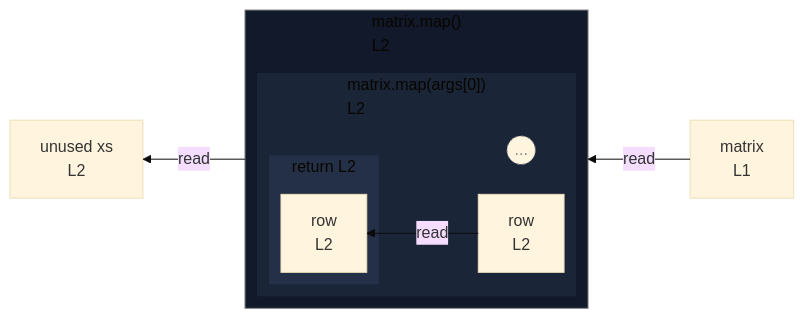
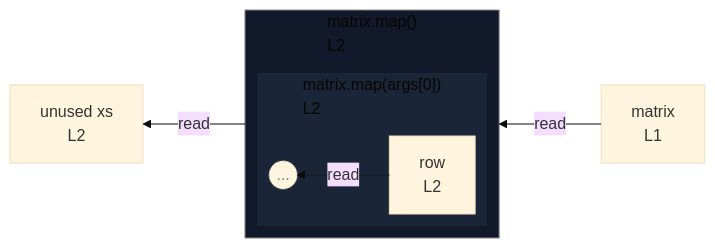
One commit to crescware/unsnarl changed the diagram in integration/fixtures/callback/nested-map/depth-1/preview.md. Above: the diagram before and after it, drawn with Mermaid (base theme). The commit also changed 4 other files, not shown here.

````diff
--- a/integration/fixtures/callback/nested-map/depth-1/preview.md
+++ b/integration/fixtures/callback/nested-map/depth-1/preview.md
@@ -18,31 +18,25 @@
 ```mermaid
 %%{init: {"flowchart": {"defaultRenderer": "elk"}}}%%
 flowchart RL
   n_scope_0_matrix_6["matrix<br/>L1"]
   n_scope_0_xs_39["unused xs<br/>L2"]
   subgraph call_proxy_44["matrix.map()<br/>L2"]
     direction RL
     subgraph s_scope_1["matrix.map(args[0])<br/>L2"]
       direction RL
       n_scope_1_row_56["row<br/>L2"]
       beyond_depth_s_scope_1((...))
-      subgraph s_return_scope_1_64_85["return L2"]
-        direction RL
-        ret_use_ref_3["row<br/>L2"]
-      end
     end
   end
   call_proxy_44 -->|read| n_scope_0_xs_39
   n_scope_0_matrix_6 -->|read| call_proxy_44
-  n_scope_1_row_56 -->|read| ret_use_ref_3
+  n_scope_1_row_56 -.->|read| beyond_depth_s_scope_1
   classDef boundaryStub stroke:#888,stroke-dasharray:3 3,color:#888;
   class beyond_depth_s_scope_1 boundaryStub;
   classDef nestL1 fill:#11192a,stroke:transparent;
   class call_proxy_44 nestL1;
   classDef nestL2 fill:#1a2538,stroke:transparent;
   class s_scope_1 nestL2;
-  classDef nestL3 fill:#243047,stroke:transparent;
-  class s_return_scope_1_64_85 nestL3;
   classDef edgeTargetSubgraph stroke:#888;
   class call_proxy_44 edgeTargetSubgraph;
 ```
````
